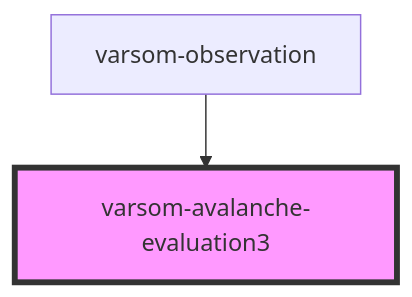
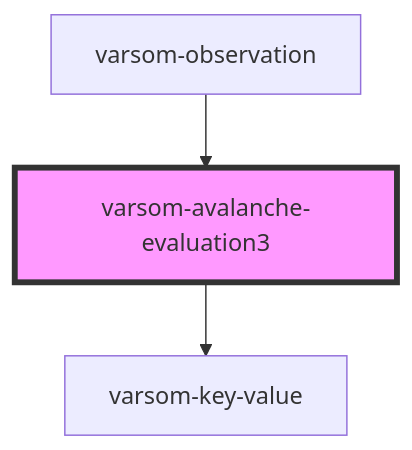
The diagram in observasjonskort/src/components/varsom-avalanche-evaluation3/readme.md (NVE/varsom-observation), drawn with Mermaid before and after one commit. The commit also changed other lines of this file and 4 other files, not shown here.

````diff
--- a/observasjonskort/src/components/varsom-avalanche-evaluation3/readme.md
+++ b/observasjonskort/src/components/varsom-avalanche-evaluation3/readme.md
@@ -25,5 +33,6 @@
 ```mermaid
 graph TD;
+  varsom-avalanche-evaluation3 --> varsom-key-value
   varsom-observation --> varsom-avalanche-evaluation3
   style varsom-avalanche-evaluation3 fill:#f9f,stroke:#333,stroke-width:4px
 ```
````
